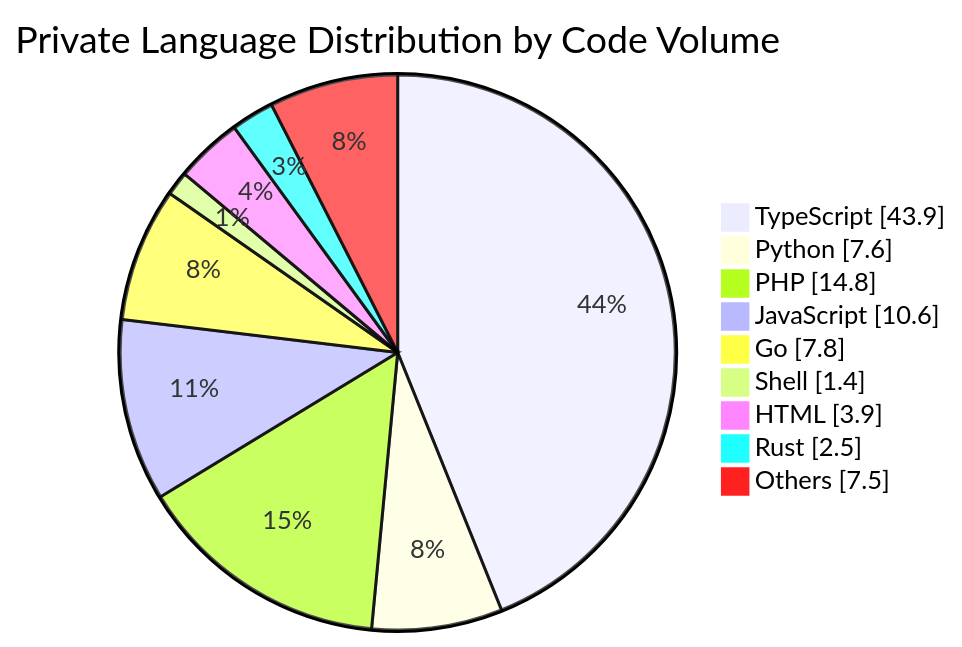
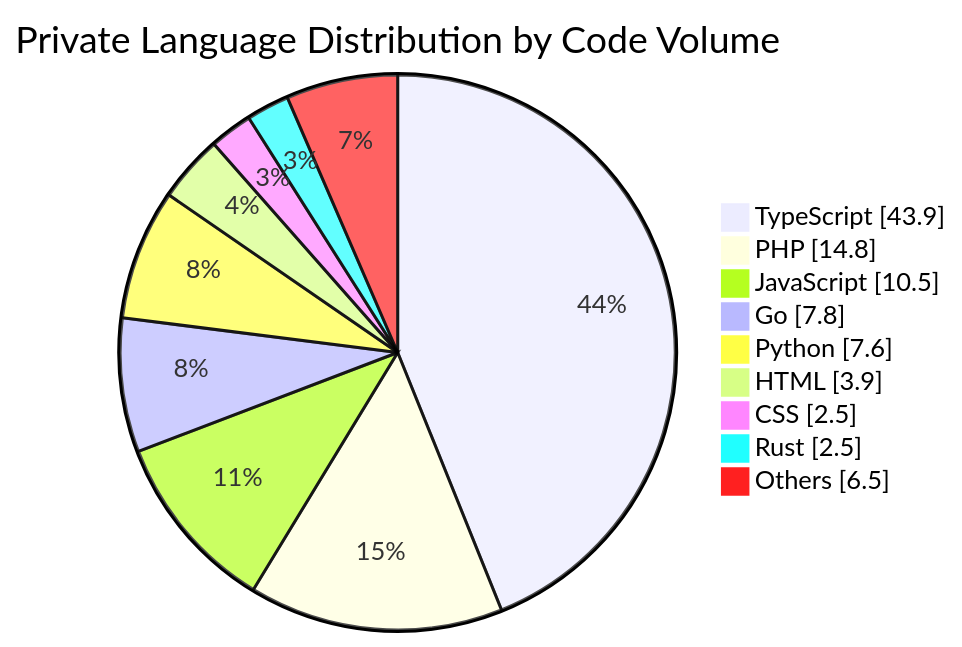
One commit to Lamy210/Lamy210 changed the diagram in README.md. Above: the diagram before and after it, drawn with Mermaid. The commit also changed other lines of this file, not shown here.

````diff
--- a/README.md
+++ b/README.md
@@ -47,13 +47,13 @@
 ```mermaid
 pie showData
     title Private Language Distribution by Code Volume
     "TypeScript" : 43.9
+    "PHP" : 14.8
+    "JavaScript" : 10.5
+    "Go" : 7.8
     "Python" : 7.6
-    "PHP" : 14.8
-    "JavaScript" : 10.6
-    "Go" : 7.8
-    "Shell" : 1.4
     "HTML" : 3.9
+    "CSS" : 2.5
     "Rust" : 2.5
-    "Others" : 7.5
+    "Others" : 6.5
 ```
````
